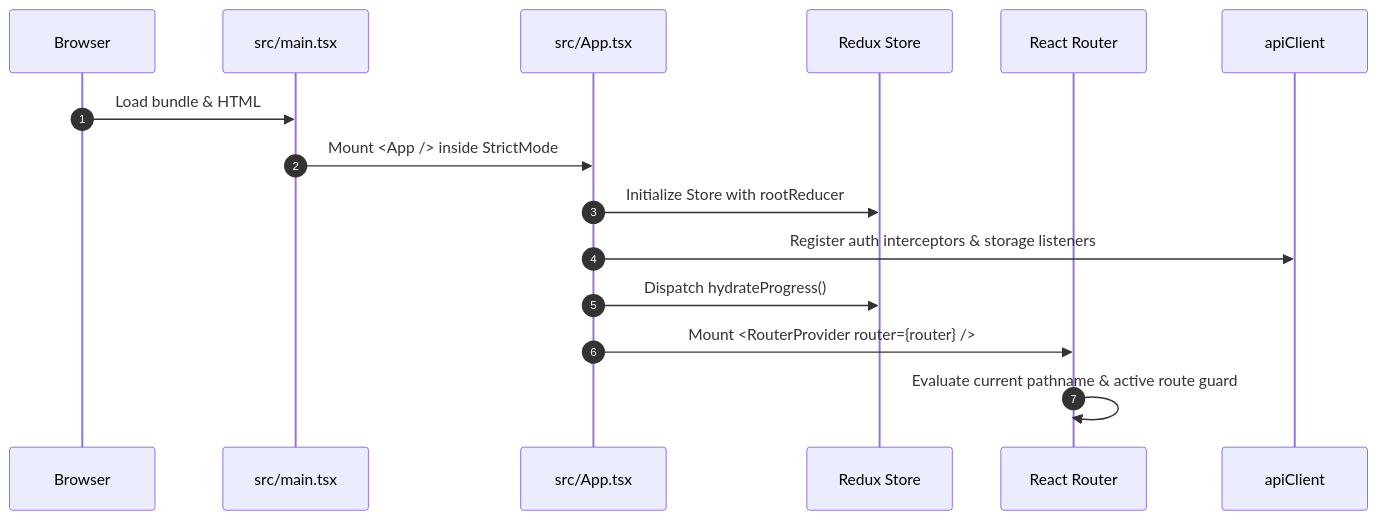
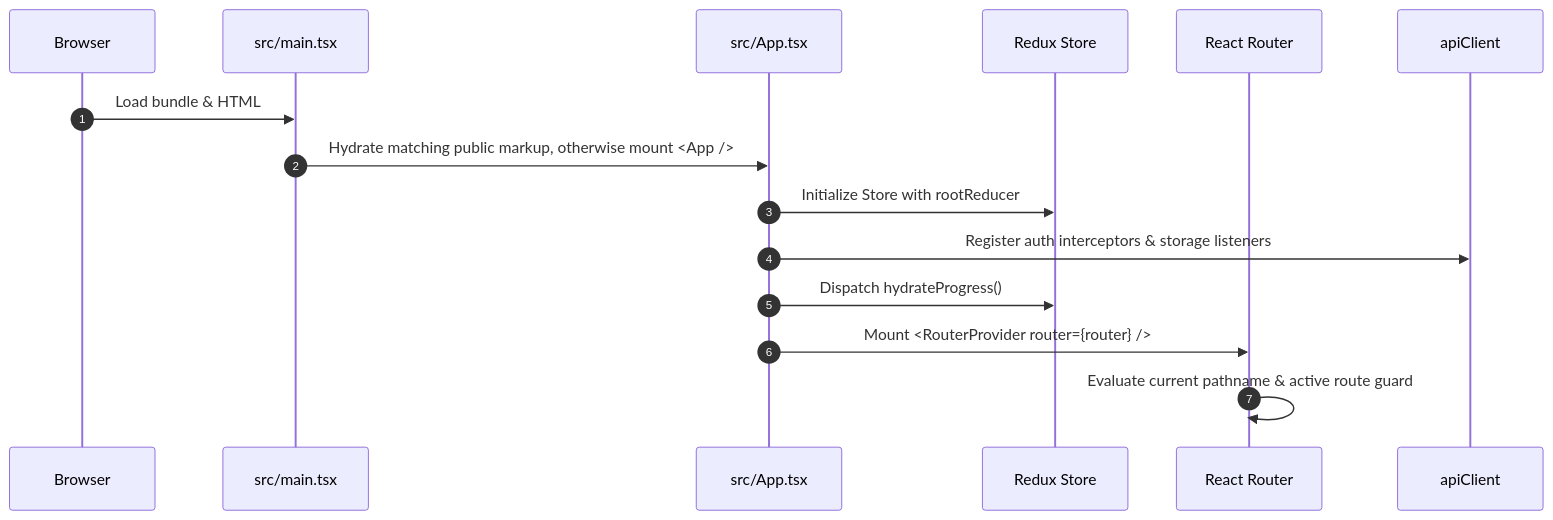
One commit to Jagadeesh913/Connect2Coode changed the diagram in docs/project/02_architecture_and_conventions.md. Above: the diagram before and after it, drawn with Mermaid. The commit also changed other lines of this file and 5 other files, not shown here.

Commit message:
docs(project): reconcile canonical documentation architecture with uncommitted audit evidence

````diff
--- a/docs/project/02_architecture_and_conventions.md
+++ b/docs/project/02_architecture_and_conventions.md
@@ -110,18 +111,18 @@
 ```mermaid
 sequenceDiagram
     autonumber
     participant Browser
     participant main as src/main.tsx
     participant App as src/App.tsx
     participant Store as Redux Store
     participant Router as React Router
     participant Client as apiClient
 
     Browser->>main: Load bundle & HTML #root
-    main->>App: Mount <App /> inside StrictMode
+    main->>App: Hydrate matching public markup, otherwise mount <App />
     App->>Store: Initialize Store with rootReducer
     App->>Client: Register auth interceptors & storage listeners
     App->>Store: Dispatch hydrateProgress()
     App->>Router: Mount <RouterProvider router={router} />
     Router->>Router: Evaluate current pathname & active route guard
 ```
````
